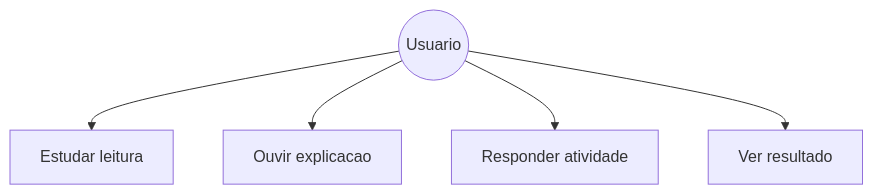
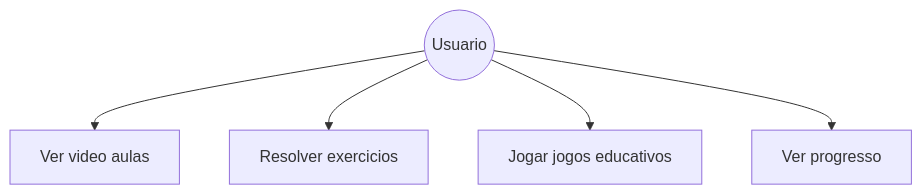
The second of 3 diagrams in README.md (GabrielSouzzza/arnaldo), drawn with Mermaid before and after one commit. The commit also changed other lines of this file, not shown here.

````diff
--- a/README.md
+++ b/README.md
@@ -47,14 +52,14 @@
 ```mermaid
-    flowchart TD
+flowchart TD
     Usuario((Usuario))
 
-    UC1[Estudar leitura]
-    UC2[Ouvir explicacao]
-    UC3[Responder atividade]
-    UC4[Ver resultado]
+    UC1[Ver video aulas]
+    UC2[Resolver exercicios]
+    UC3[Jogar jogos educativos]
+    UC4[Ver progresso]
 
     Usuario --> UC1
     Usuario --> UC2
     Usuario --> UC3
     Usuario --> UC4
- ```
+```
````
